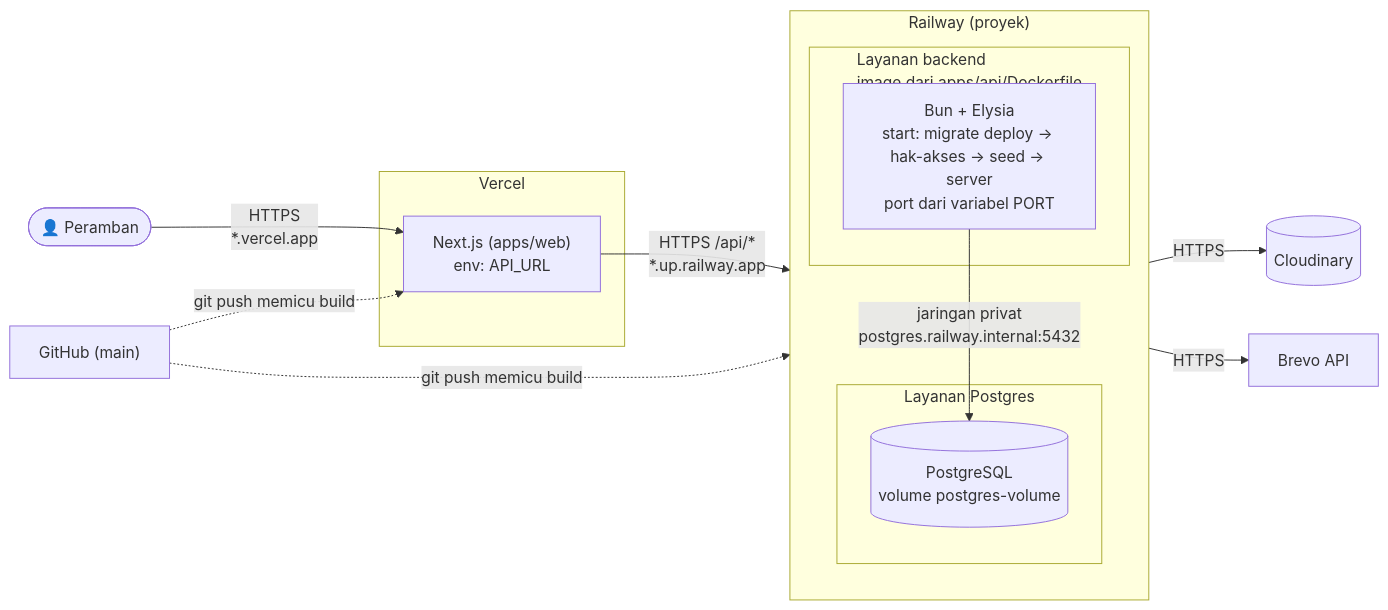
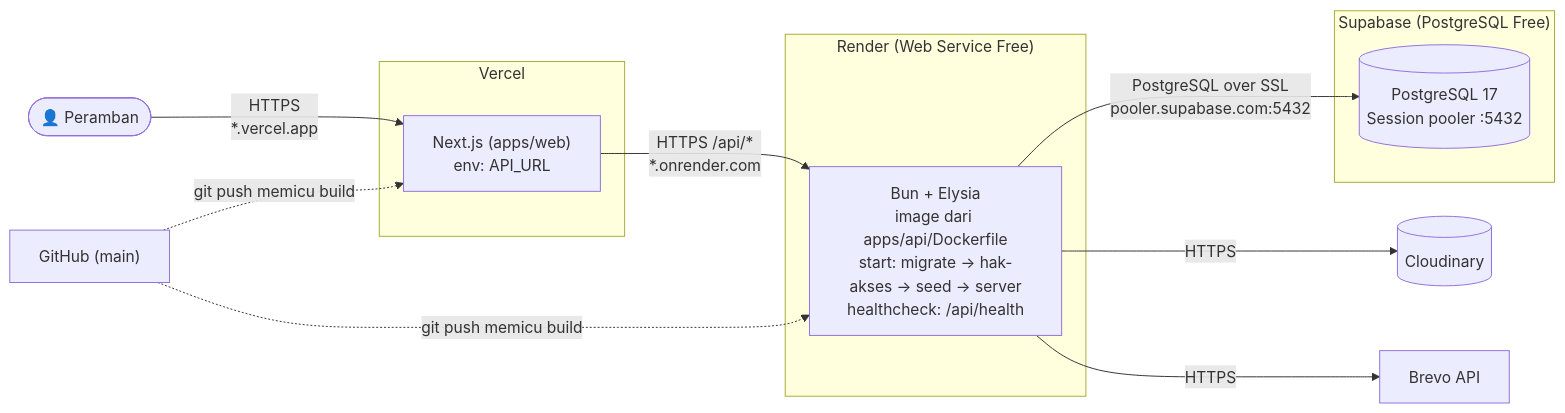
Before and after one commit to AhmadsTechDev/kegiatan-kominfo: the first of 2 diagrams in docs/uml/08-deployment.md, drawn with Mermaid. The commit also changed other lines of this file and 157 other files, not shown here.

Commit message:
chore: migrate deployment to Render + Supabase and remove SMTP

````diff
--- a/docs/uml/08-deployment.md
+++ b/docs/uml/08-deployment.md
@@ -7,30 +7,28 @@
 ```mermaid
 flowchart LR
     pengguna(["👤 Peramban"])
 
     subgraph vercel["Vercel"]
         next["Next.js (apps/web)<br/>env: API_URL"]
     end
 
-    subgraph railway["Railway (proyek)"]
-        direction TB
-        subgraph svcApi["Layanan backend<br/>image dari apps/api/Dockerfile"]
-            bun["Bun + Elysia<br/>start: migrate deploy → hak-akses → seed → server<br/>port dari variabel PORT"]
-        end
-        subgraph svcDb["Layanan Postgres"]
-            pg[("PostgreSQL<br/>volume postgres-volume")]
-        end
-        bun -- "jaringan privat<br/>postgres.railway.internal:5432" --> pg
+    subgraph render["Render (Web Service Free)"]
+        bun["Bun + Elysia<br/>image dari apps/api/Dockerfile<br/>start: migrate → hak-akses → seed → server<br/>healthcheck: /api/health"]
+    end
+
+    subgraph supabase["Supabase (PostgreSQL Free)"]
+        pg[("PostgreSQL 17<br/>Session pooler :5432")]
     end
 
     cloud[("Cloudinary")]
     brevo["Brevo API"]
     gh["GitHub (main)"]
 
     pengguna -- "HTTPS<br/>*.vercel.app" --> next
-    next -- "HTTPS /api/*<br/>*.up.railway.app" --> bun
+    next -- "HTTPS /api/*<br/>*.onrender.com" --> bun
+    bun -- "PostgreSQL over SSL<br/>pooler.supabase.com:5432" --> pg
     bun -- HTTPS --> cloud
     bun -- HTTPS --> brevo
     gh -. "git push memicu build" .-> next
     gh -. "git push memicu build" .-> bun
 ```
````
